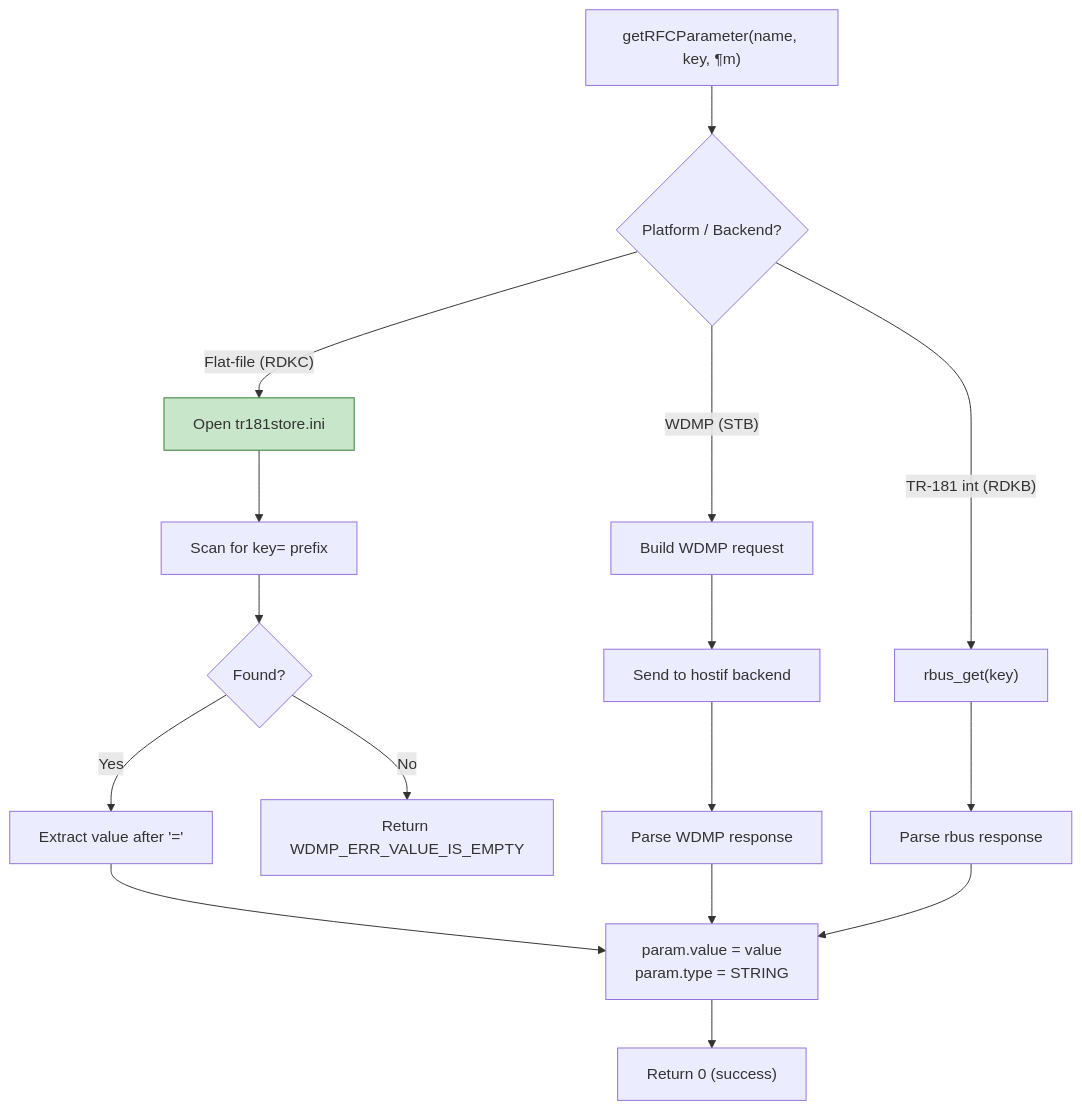
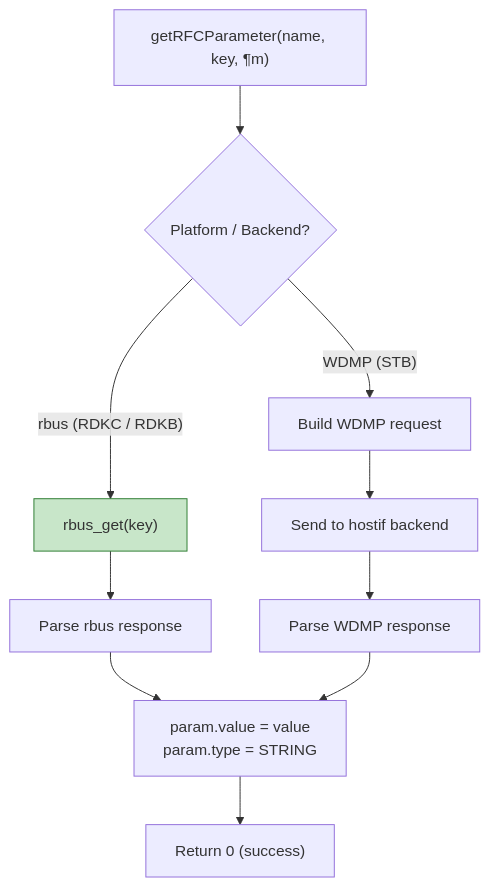
One commit to rdkcentral/rfc changed the sixth of 10 diagrams in docs/data-processing-flow.md. Above: the diagram before and after it, drawn with Mermaid. The commit also changed other lines of this file and 3 other files, not shown here.

````diff
--- a/docs/data-processing-flow.md
+++ b/docs/data-processing-flow.md
@@ -272,26 +265,19 @@
 ```mermaid
 flowchart TD
     A["getRFCParameter(name, key, &param)"]
     
     A --> B{"Platform / Backend?"}
     
-    B -- "Flat-file (RDKC)" --> C["Open tr181store.ini"]
-    C --> D["Scan for key= prefix"]
-    D --> E{"Found?"}
-    E -- Yes --> F["Extract value after '='"]
-    F --> G["param.value = value<br/>param.type = STRING"]
-    E -- No --> H["Return WDMP_ERR_VALUE_IS_EMPTY"]
+    B -- "rbus (RDKC / RDKB)" --> L["rbus_get(key)"]
+    L --> M["Parse rbus response"]
+    M --> G["param.value = value<br/>param.type = STRING"]
 
     B -- "WDMP (STB)" --> I["Build WDMP request"]
     I --> J["Send to hostif backend"]
     J --> K["Parse WDMP response"]
     K --> G
 
-    B -- "TR-181 int (RDKB)" --> L["rbus_get(key)"]
-    L --> M["Parse rbus response"]
-    M --> G
-
     G --> N["Return 0 (success)"]
 
-    style C fill:#c8e6c9,stroke:#2e7d32
+    style L fill:#c8e6c9,stroke:#2e7d32
 ```
````
